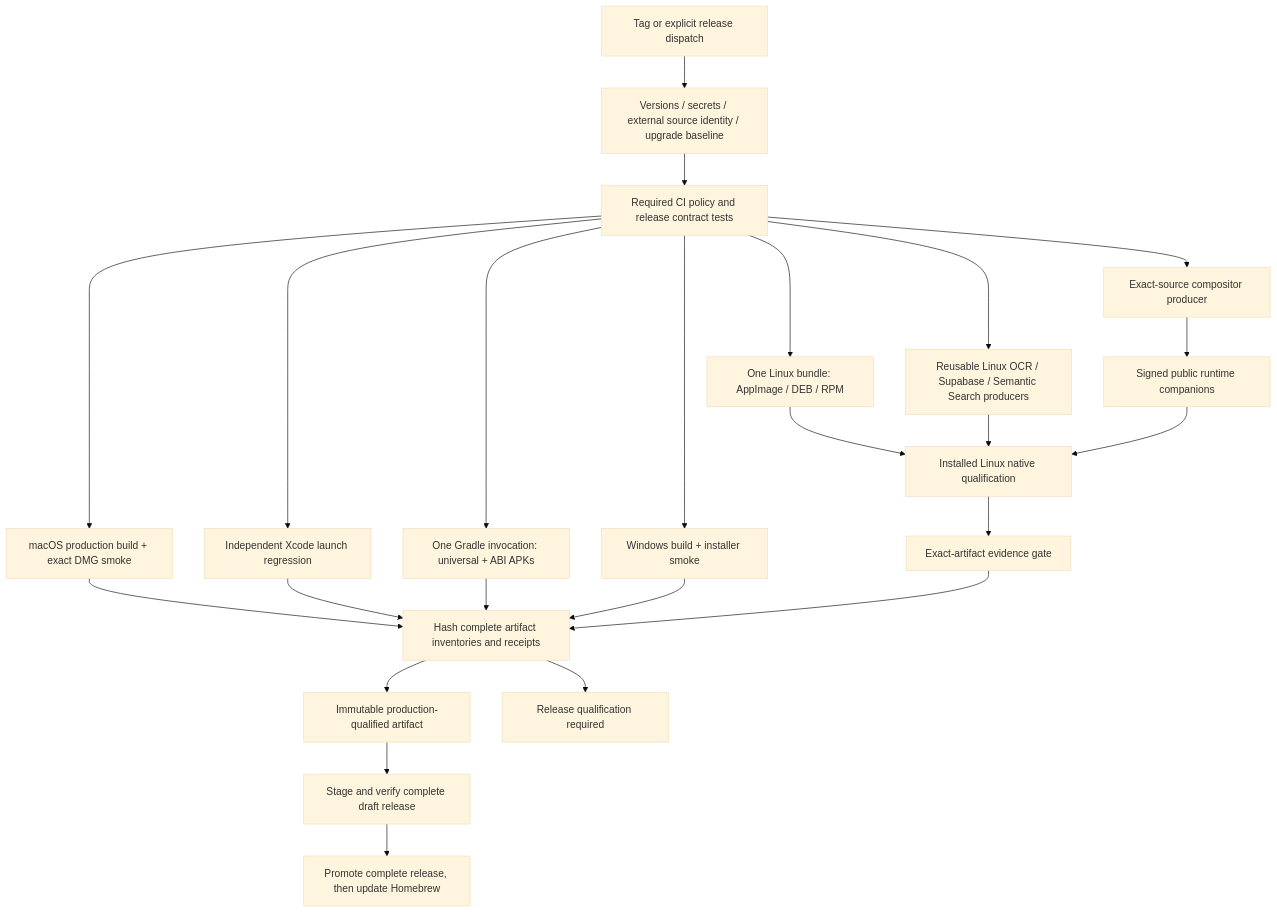
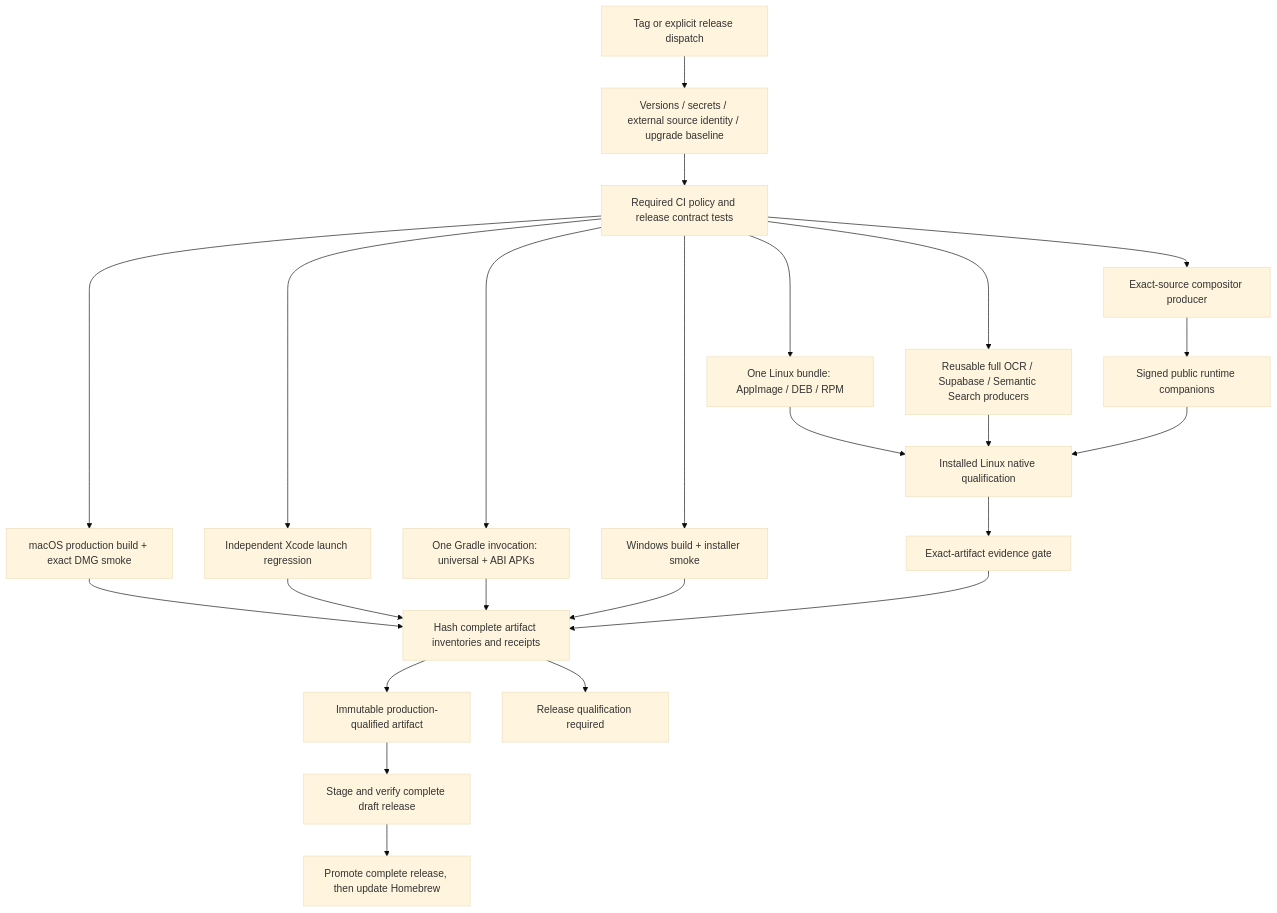
Before and after one commit to dmytro-yevs/copypaste: the second of 2 diagrams in docs/engineering/ci-architecture.md, drawn with Mermaid (base theme). The commit also changed other lines of this file and 6 other files, not shown here.

````diff
--- a/docs/engineering/ci-architecture.md
+++ b/docs/engineering/ci-architecture.md
@@ -21,26 +21,26 @@
 ```mermaid
 flowchart TD
   release[Tag or explicit release dispatch] --> preflight[Versions / secrets / external source identity / upgrade baseline]
   preflight --> policy[Required CI policy and release contract tests]
   policy --> mac[macOS production build + exact DMG smoke]
   policy --> regression[Independent Xcode launch regression]
   policy --> android[One Gradle invocation: universal + ABI APKs]
   policy --> windows[Windows build + installer smoke]
   policy --> linux[One Linux bundle: AppImage / DEB / RPM]
-  policy --> modules[Reusable Linux OCR / Supabase / Semantic Search producers]
+  policy --> modules[Reusable full OCR / Supabase / Semantic Search producers]
   policy --> compositor[Exact-source compositor producer]
   compositor --> signed[Signed public runtime companions]
   linux --> desktop[Installed Linux native qualification]
   modules --> desktop
   signed --> desktop
   desktop --> evidence[Exact-artifact evidence gate]
   mac --> qualify[Hash complete artifact inventories and receipts]
   regression --> qualify
   android --> qualify
   windows --> qualify
   evidence --> qualify
   qualify --> archive[Immutable production-qualified artifact]
   archive --> draft[Stage and verify complete draft release]
   draft --> public[Promote complete release, then update Homebrew]
   qualify --> required[Release qualification required]
 ```
````
